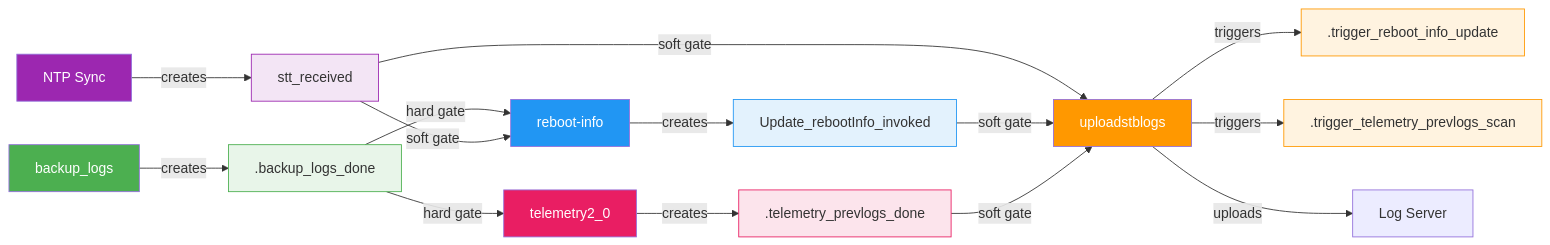
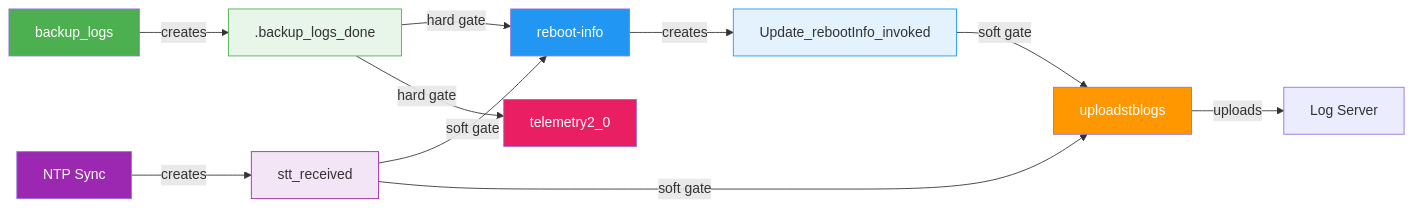
The first of 5 diagrams in .github/slides.md (rdkcentral/dcm-agent), drawn with Mermaid before and after one commit. The commit also changed other lines of this file, not shown here.

````diff
--- a/.github/slides.md
+++ b/.github/slides.md
@@ -79,28 +79,21 @@
 ```mermaid
 graph LR
   BL["backup_logs"] -->|creates| S1[".backup_logs_done"]
   NTP["NTP Sync"] -->|creates| S2["stt_received"]
   S1 -->|hard gate| RM["reboot-info"]
   S1 -->|hard gate| T2["telemetry2_0"]
   S2 -->|soft gate| RM
   RM -->|creates| S3["Update_rebootInfo_invoked"]
-  T2 -->|creates| S4[".telemetry_prevlogs_done"]
   S2 -->|soft gate| UL["uploadstblogs"]
   S3 -->|soft gate| UL
-  S4 -->|soft gate| UL
-  UL -->|triggers| TR1[".trigger_reboot_info_update"]
-  UL -->|triggers| TR2[".trigger_telemetry_prevlogs_scan"]
   UL -->|uploads| SERVER["Log Server"]
 
   style BL fill:#4CAF50,color:#fff
   style RM fill:#2196F3,color:#fff
   style UL fill:#FF9800,color:#fff
   style NTP fill:#9C27B0,color:#fff
   style T2 fill:#E91E63,color:#fff
   style S1 fill:#E8F5E9,stroke:#4CAF50
   style S2 fill:#F3E5F5,stroke:#9C27B0
   style S3 fill:#E3F2FD,stroke:#2196F3
-  style S4 fill:#FCE4EC,stroke:#E91E63
-  style TR1 fill:#FFF3E0,stroke:#FF9800
-  style TR2 fill:#FFF3E0,stroke:#FF9800
 ```
````
